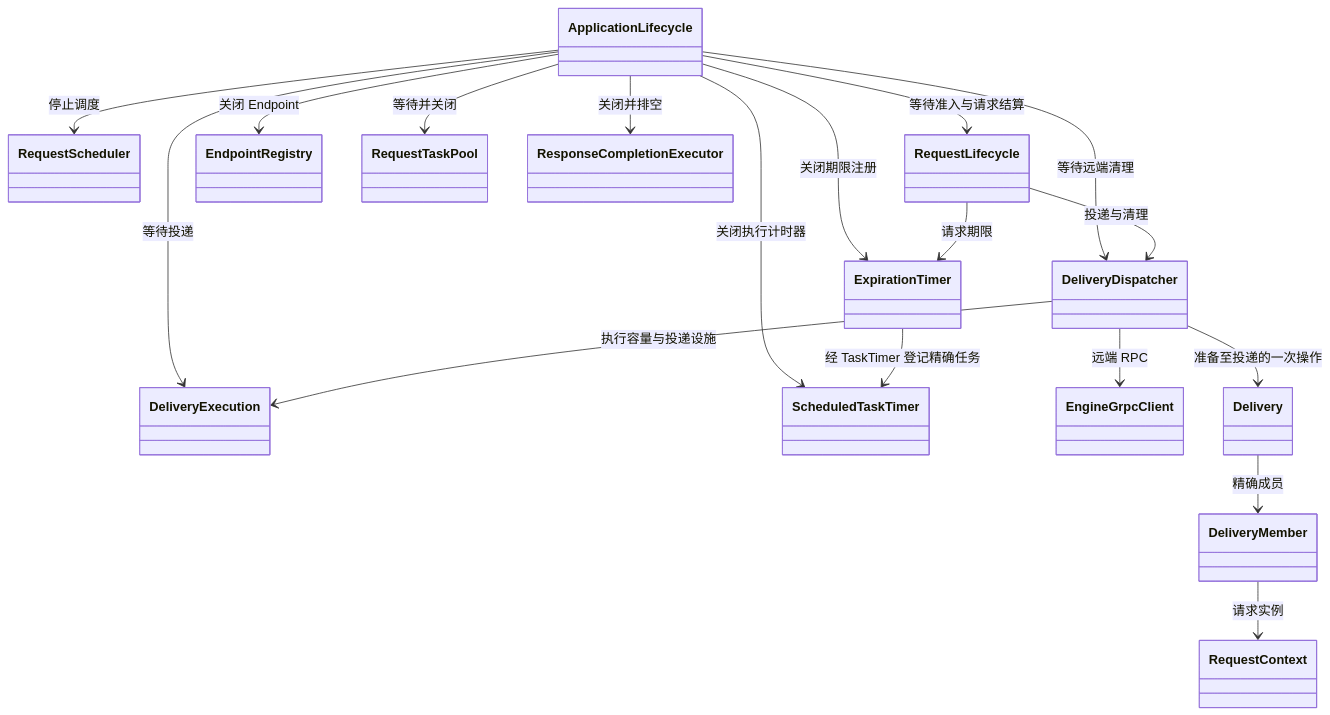
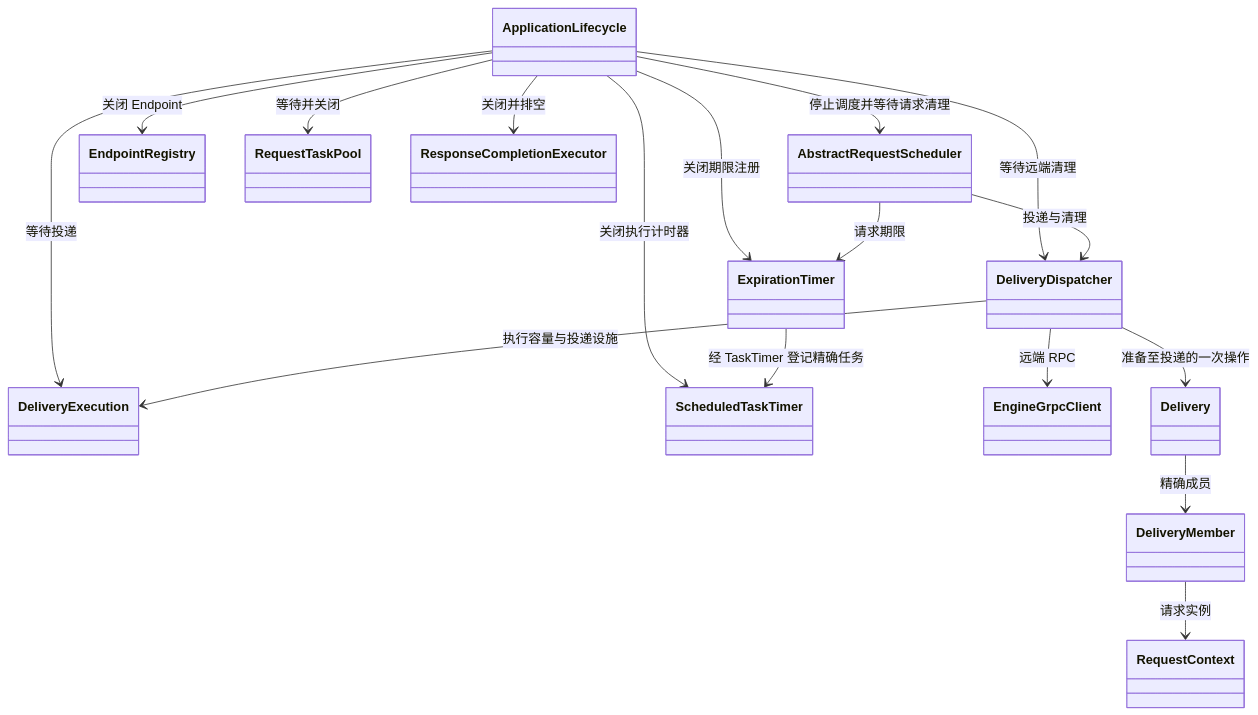
The third of 3 diagrams in rtp_llm/flexlb/docs/current-class-diagram.md (alibaba/rtp-llm), drawn with Mermaid before and after one commit. The commit also changed other lines of this file and 226 other files, not shown here.

````diff
--- a/rtp_llm/flexlb/docs/current-class-diagram.md
+++ b/rtp_llm/flexlb/docs/current-class-diagram.md
@@ -68,20 +89,19 @@
 ```mermaid
 classDiagram
-    ApplicationLifecycle --> RequestScheduler : 停止调度
-    ApplicationLifecycle --> RequestLifecycle : 等待准入与请求结算
+    ApplicationLifecycle --> AbstractRequestScheduler : 停止调度并等待请求清理
     ApplicationLifecycle --> EndpointRegistry : 关闭 Endpoint
     ApplicationLifecycle --> DeliveryExecution : 等待投递
     DeliveryDispatcher --> DeliveryExecution : 执行容量与投递设施
     ApplicationLifecycle --> RequestTaskPool : 等待并关闭
     ApplicationLifecycle --> ResponseCompletionExecutor : 关闭并排空
     ApplicationLifecycle --> ExpirationTimer : 关闭期限注册
     ApplicationLifecycle --> ScheduledTaskTimer : 关闭执行计时器
     ApplicationLifecycle --> DeliveryDispatcher : 等待远端清理
-    RequestLifecycle --> ExpirationTimer : 请求期限
+    AbstractRequestScheduler --> ExpirationTimer : 请求期限
     ExpirationTimer --> ScheduledTaskTimer : 经 TaskTimer 登记精确任务
-    RequestLifecycle --> DeliveryDispatcher : 投递与清理
+    AbstractRequestScheduler --> DeliveryDispatcher : 投递与清理
     DeliveryDispatcher --> EngineGrpcClient : 远端 RPC
     DeliveryDispatcher --> Delivery : 准备至投递的一次操作
     Delivery --> DeliveryMember : 精确成员
     DeliveryMember --> RequestContext : 请求实例
 ```
````
